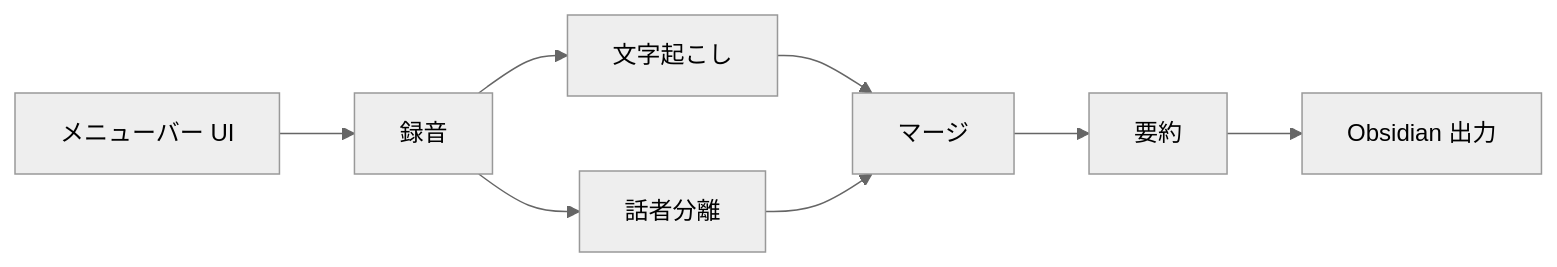
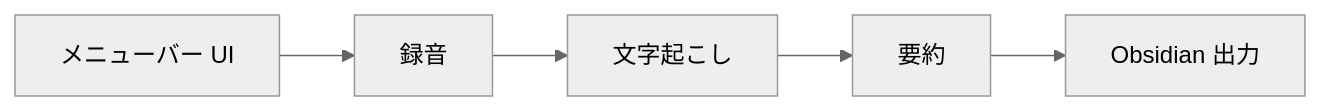
The diagram in docs/design.md (mizunomi32/hisoka), drawn with Mermaid (neutral theme) before and after one commit. The commit also changed other lines of this file and 13 other files, not shown here.

````diff
--- a/docs/design.md
+++ b/docs/design.md
@@ -37,10 +37,7 @@
 ```mermaid
 flowchart LR
     UI[メニューバー UI] --> REC[録音]
     REC --> ASR[文字起こし]
-    REC --> DIA[話者分離]
-    ASR --> MERGE[マージ]
-    DIA --> MERGE
-    MERGE --> SUM[要約]
+    ASR --> SUM[要約]
     SUM --> OBS[Obsidian 出力]
 ```
````
